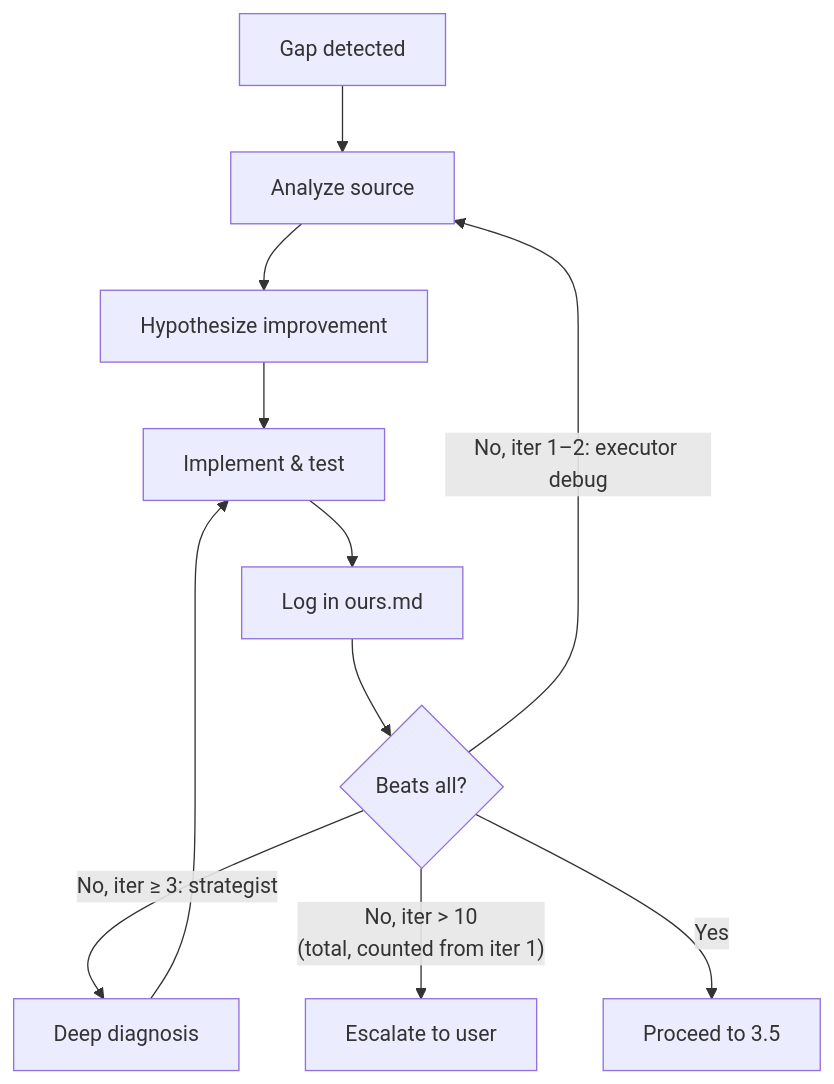
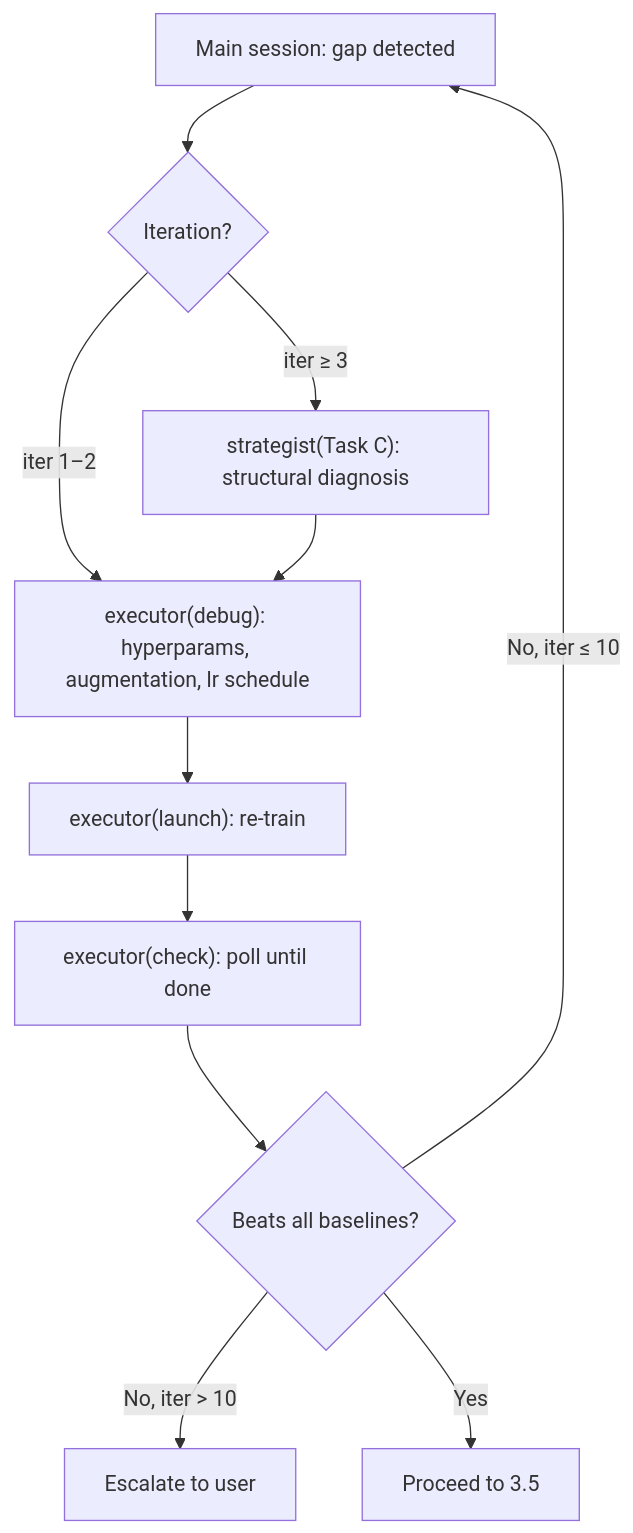
The fourth of 4 diagrams in .claude/skills/paperclaw-experiment-AI/SKILL.md (Paper-Claw/PaperClaw), drawn with Mermaid before and after one commit. The commit also changed other lines of this file and 6 other files, not shown here.

First line of the commit message:
feat(skill): redesign experiment pipeline architecture + dual math audit

````diff
--- a/.claude/skills/paperclaw-experiment-AI/SKILL.md
+++ b/.claude/skills/paperclaw-experiment-AI/SKILL.md
@@ -682,13 +1047,13 @@
 ```mermaid
 flowchart TD
-    A["Gap detected"] --> B["Analyze source"]
-    B --> C["Hypothesize improvement"]
-    C --> D["Implement & test"]
-    D --> E["Log in ours.md"]
-    E --> F{"Beats all?"}
-    F -->|"No, iter 1–2: executor debug"| B
-    F -->|"No, iter ≥ 3: strategist"| G["Deep diagnosis"]
-    G --> D
-    F -->|"No, iter > 10\n(total, counted from iter 1)"| H["Escalate to user"]
-    F -->|Yes| I["Proceed to 3.5"]
+    A["Main session: gap detected"] --> B{"Iteration?"}
+    B -->|"iter 1–2"| C["executor(debug): hyperparams, augmentation, lr schedule"]
+    B -->|"iter ≥ 3"| D["strategist(Task C): structural diagnosis"]
+    D --> C
+    C --> E["executor(launch): re-train"]
+    E --> F["executor(check): poll until done"]
+    F --> G{"Beats all baselines?"}
+    G -->|No, iter ≤ 10| A
+    G -->|"No, iter > 10"| H["Escalate to user"]
+    G -->|Yes| I["Proceed to 3.5"]
 ```
````
